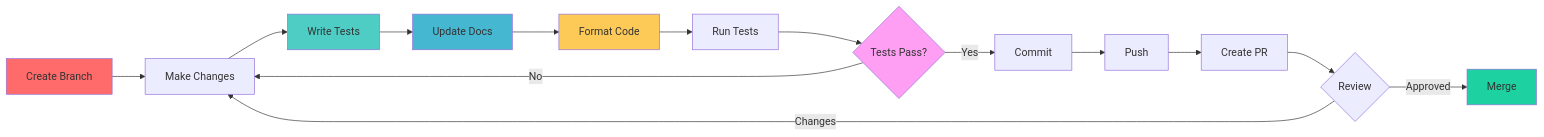
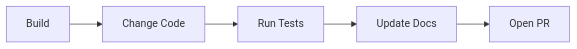
The first of 2 diagrams in docs/DeveloperGuide.md (vjsingh1984/inferflux), drawn with Mermaid before and after one commit. The commit also changed other lines of this file and 161 other files, not shown here.

````diff
--- a/docs/DeveloperGuide.md
+++ b/docs/DeveloperGuide.md
@@ -433,25 +5,7 @@
 ```mermaid
-graph LR
-    A[Create Branch] --> B[Make Changes]
-    B --> C[Write Tests]
+flowchart LR
+    A[Build] --> B[Change Code]
+    B --> C[Run Tests]
     C --> D[Update Docs]
-    D --> E[Format Code]
-    E --> F[Run Tests]
-    F --> G{Tests Pass?}
-
-    G -->|No| B
-    G -->|Yes| H[Commit]
-    H --> I[Push]
-    I --> J[Create PR]
-    J --> K{Review}
-
-    K -->|Changes| B
-    K -->|Approved| L[Merge]
-
-    style A fill:#ff6b6b
-    style C fill:#4ecdc4
-    style D fill:#45b7d1
-    style E fill:#feca57
-    style G fill:#ff9ff3
-    style L fill:#1dd1a1
+    D --> E[Open PR]
 ```
````
